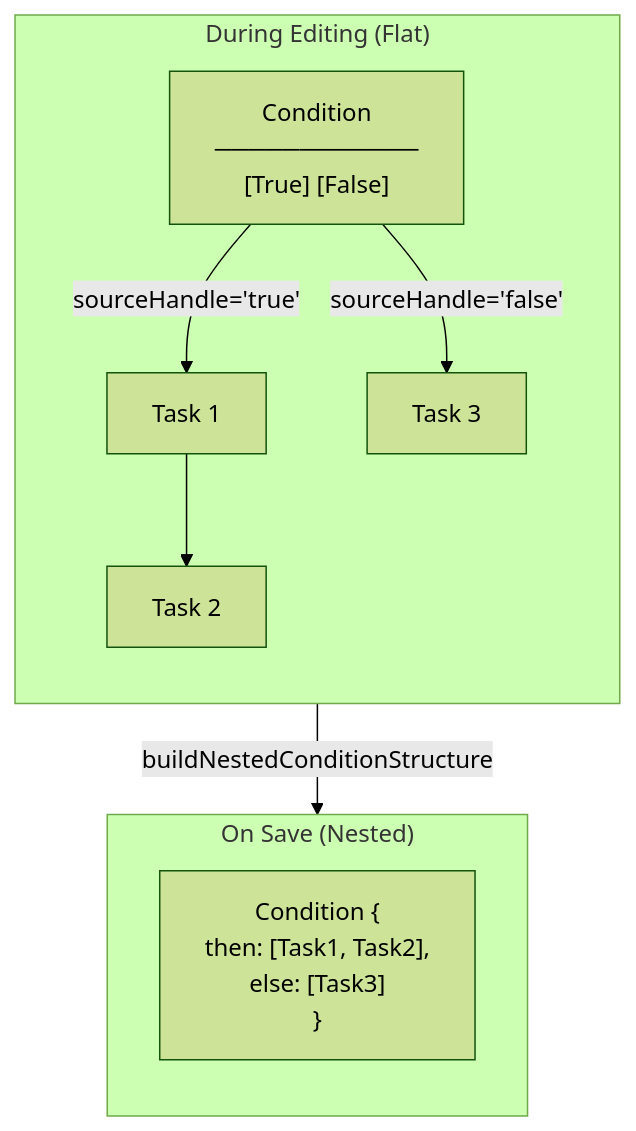
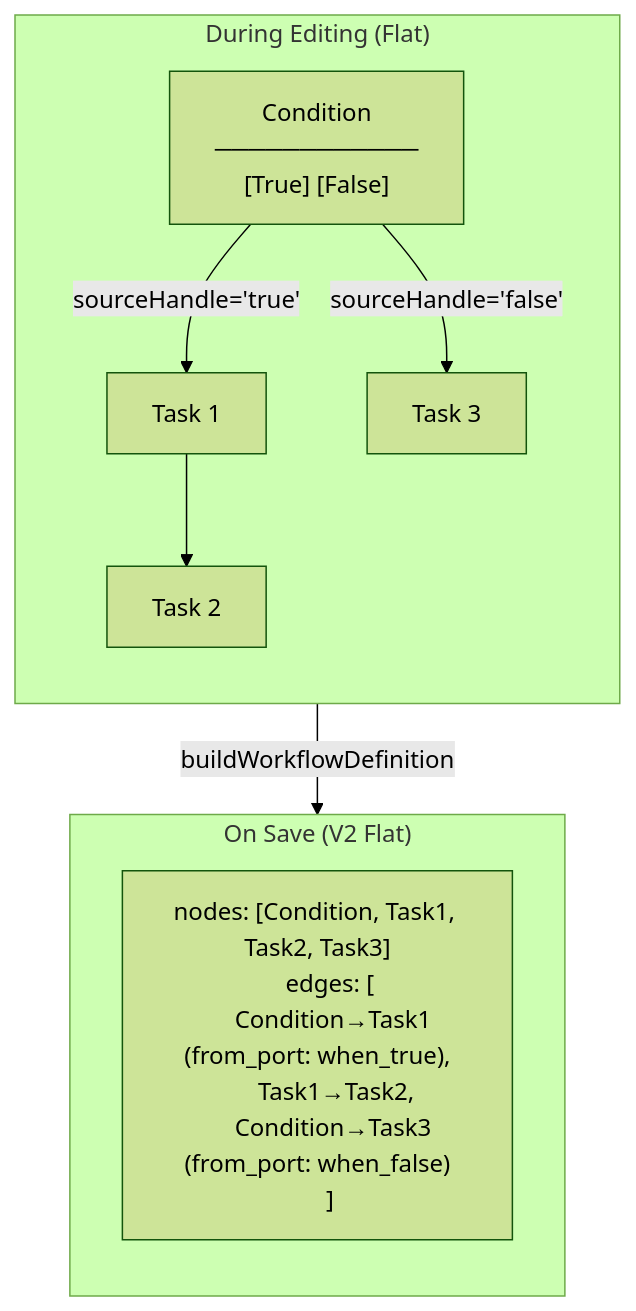
Before and after one commit to alinabuzachis/syntara: diagram 14 of 18 in docs/architecture.md, drawn with Mermaid (forest theme). The commit also changed other lines of this file and 6 other files, not shown here.

First line of the commit message:
chore(docs): update and simplify all docs for v2 workflow schema (#533)

````diff
--- a/docs/architecture.md
+++ b/docs/architecture.md
@@ -939,26 +887,28 @@
 ```mermaid
 flowchart TB
   subgraph Editing["During Editing (Flat)"]
     direction TB
     C1["Condition
     ────────────
     [True] [False]"]
     T1[Task 1]
     T2[Task 2]
     T3[Task 3]
 
     C1 -->|"sourceHandle='true'"| T1
     T1 --> T2
     C1 -->|"sourceHandle='false'"| T3
   end
 
-  subgraph Saved["On Save (Nested)"]
+  subgraph Saved["On Save (V2 Flat)"]
     direction TB
-    CS["Condition {
-      then: [Task1, Task2],
-      else: [Task3]
-    }"]
+    CS["nodes: [Condition, Task1, Task2, Task3]
+    edges: [
+      Condition→Task1 (from_port: when_true),
+      Task1→Task2,
+      Condition→Task3 (from_port: when_false)
+    ]"]
   end
 
-  Editing -->|"buildNestedConditionStructure"| Saved
+  Editing -->|"buildWorkflowDefinition"| Saved
 ```
````
